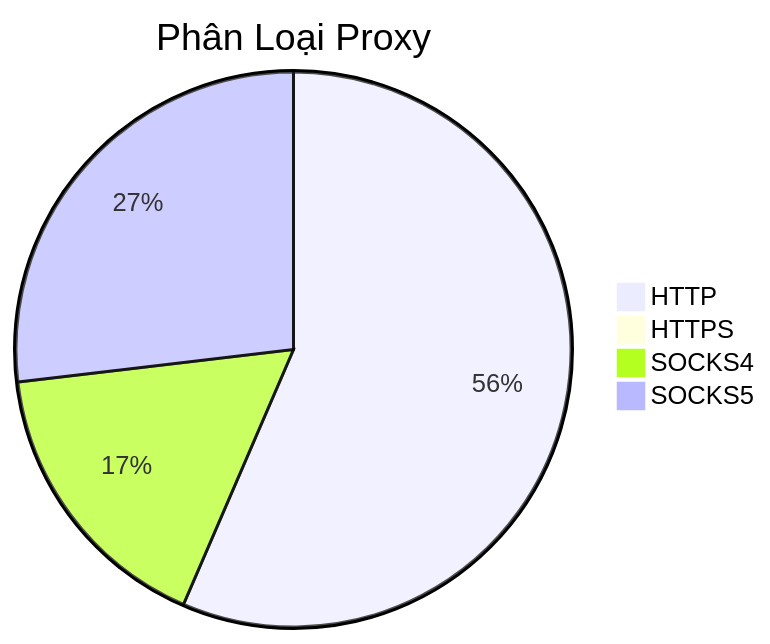
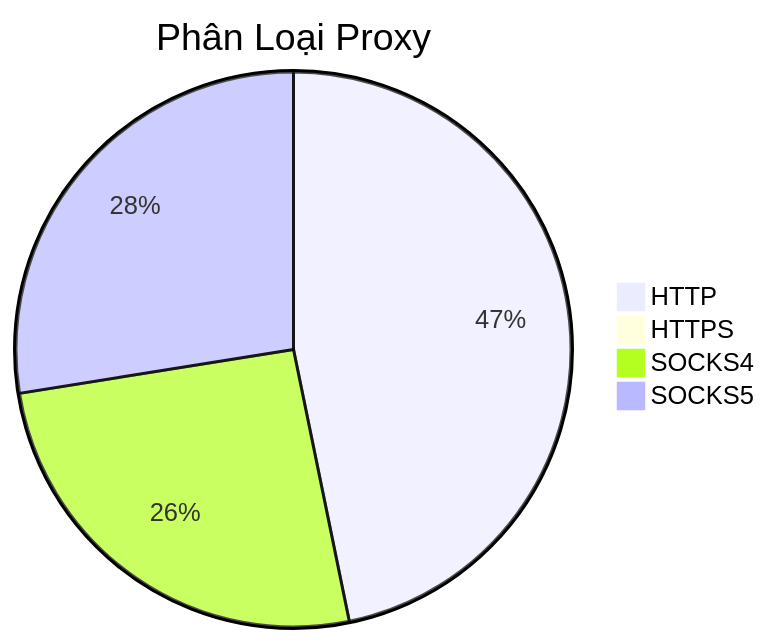
The diagram in README.md (Ciara-12/PROXY-free), drawn with Mermaid before and after one commit. The commit also changed other lines of this file and 4 other files, not shown here.

````diff
--- a/README.md
+++ b/README.md
@@ -26,7 +26,7 @@
 ```mermaid
 pie title Phân Loại Proxy
-    "HTTP" : 784
-    "HTTPS" : 1
-    "SOCKS4" : 231
-    "SOCKS5" : 373
+    "HTTP" : 537
+    "HTTPS" : 0
+    "SOCKS4" : 295
+    "SOCKS5" : 316
 ```
````
